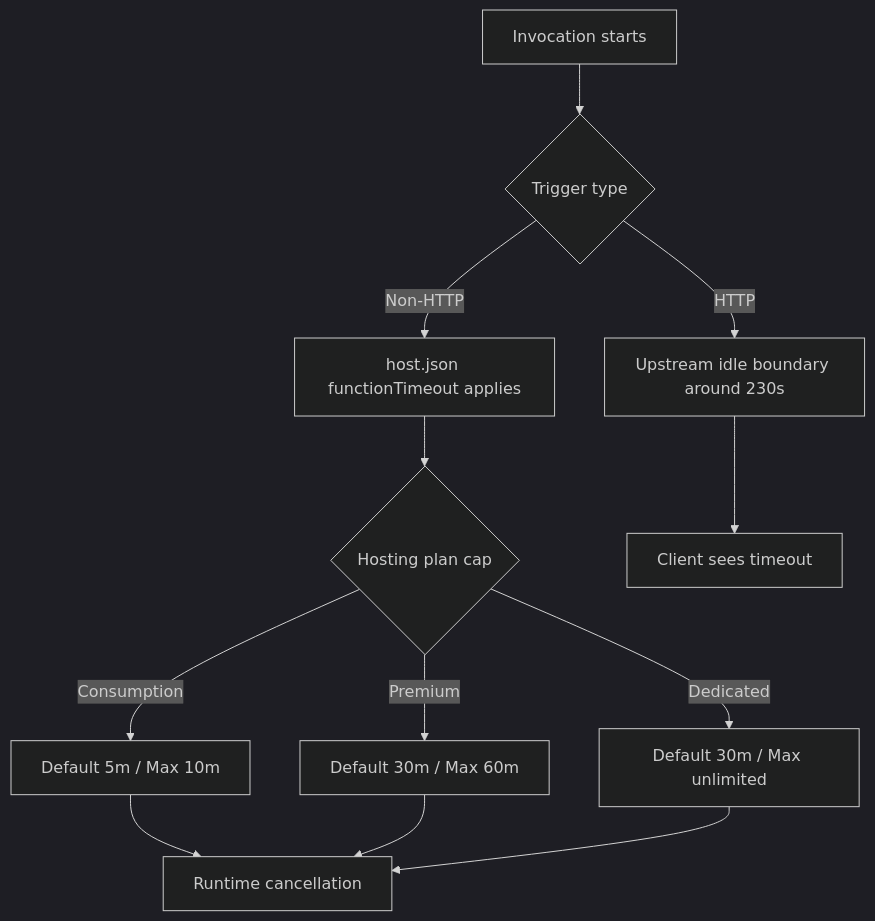
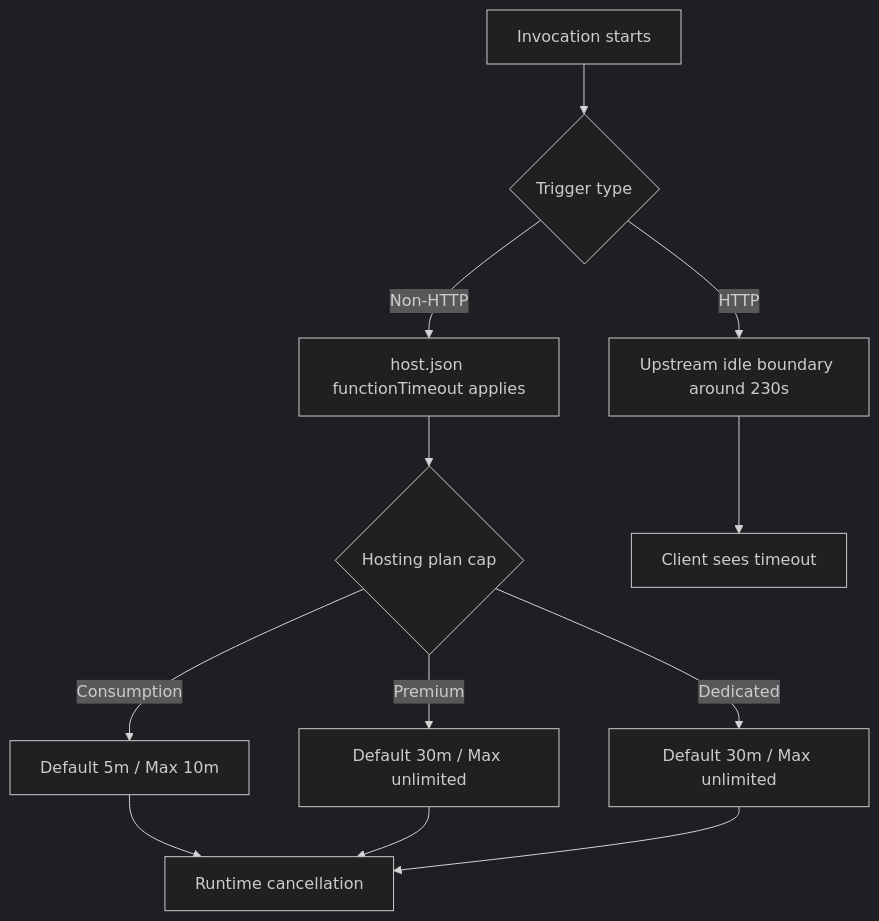
Before and after one commit to yeongseon/azure-functions-practical-guide: the third of 3 diagrams in docs/troubleshooting/playbooks/triggers/timeout-execution-limit.md, drawn with Mermaid (dark theme). The commit also changed other lines of this file and 10 other files, not shown here.

````diff
--- a/docs/troubleshooting/playbooks/triggers/timeout-execution-limit.md
+++ b/docs/troubleshooting/playbooks/triggers/timeout-execution-limit.md
@@ -261,14 +263,14 @@
 ```mermaid
 flowchart TD
     A[Invocation starts] --> B{Trigger type}
     B -->|HTTP| C[Upstream idle boundary around 230s]
     B -->|Non-HTTP| D[host.json functionTimeout applies]
     D --> E{Hosting plan cap}
     E -->|Consumption| F[Default 5m / Max 10m]
-    E -->|Premium| G[Default 30m / Max 60m]
+    E -->|Premium| G[Default 30m / Max unlimited]
     E -->|Dedicated| H[Default 30m / Max unlimited]
     C --> I[Client sees timeout]
     F --> J[Runtime cancellation]
     G --> J
     H --> J
 ```
````
